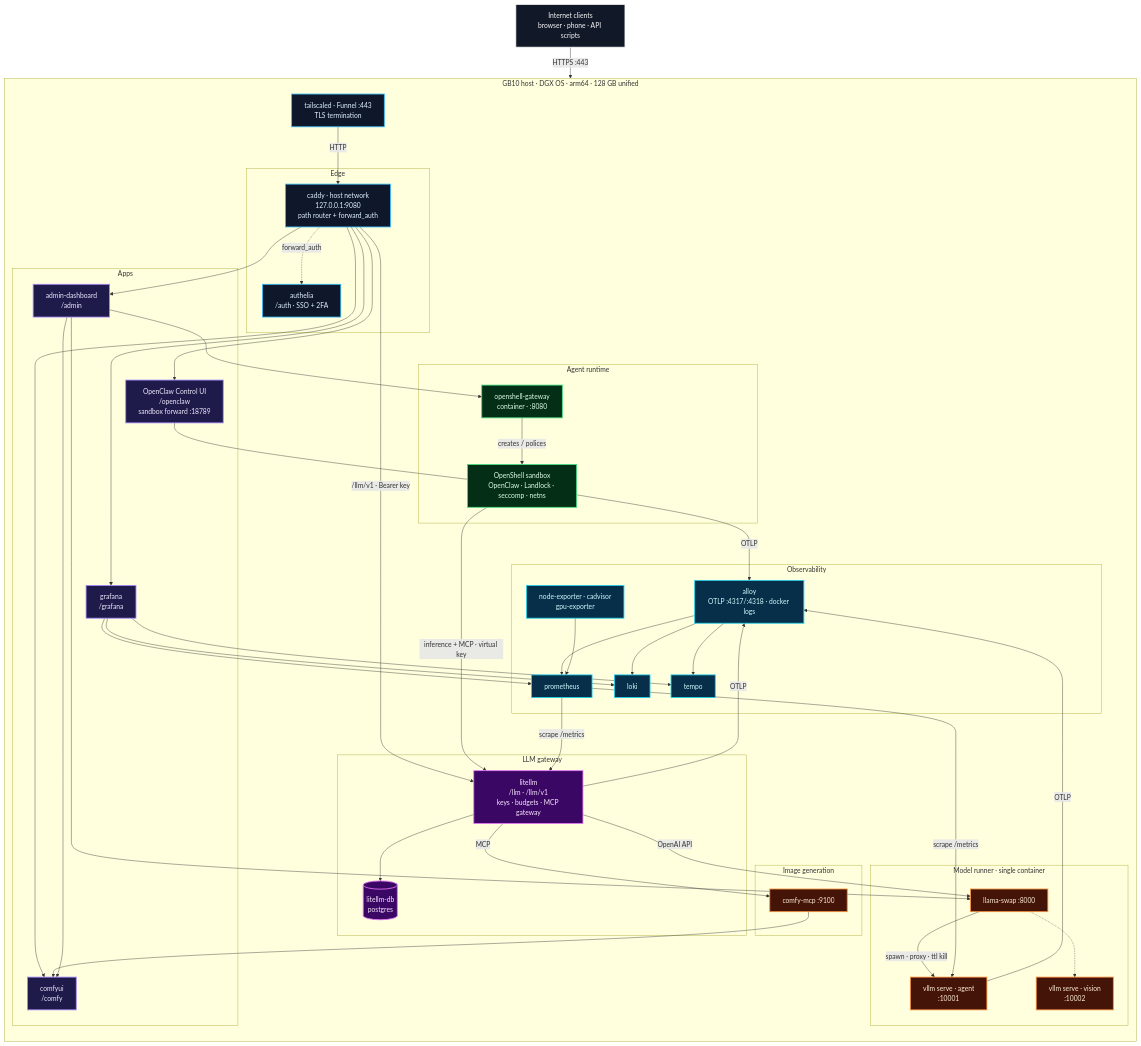
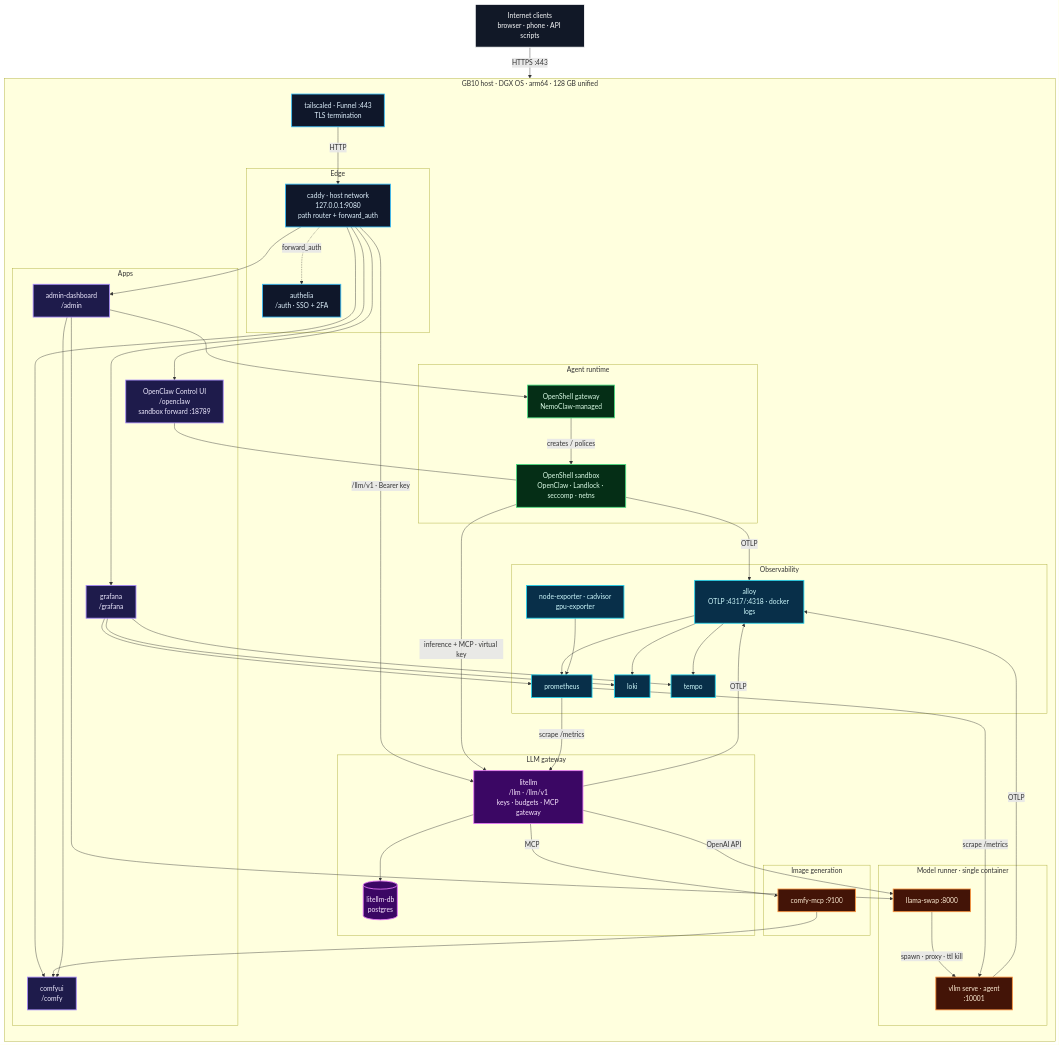
Before and after one commit to ravikiranvs/gb10-ai-stack: the first of 15 diagrams in gb10-agent-stack.md, drawn with Mermaid. The commit also changed other lines of this file and 21 other files, not shown here.

````diff
--- a/gb10-agent-stack.md
+++ b/gb10-agent-stack.md
@@ -94,7 +94,6 @@
         subgraph MODELS["Model runner · single container"]
             LS["llama-swap :8000"]
             VA["vllm serve · agent<br/>:10001"]
-            VV["vllm serve · vision<br/>:10002"]
         end
 
         subgraph IMG["Image generation"]
@@ -102,7 +101,7 @@
         end
 
         subgraph AGENT["Agent runtime"]
-            OSG["openshell-gateway<br/>container · :8080"]
+            OSG["OpenShell gateway<br/>NemoClaw-managed"]
             SBX["OpenShell sandbox<br/>OpenClaw · Landlock · seccomp · netns"]
         end
 
@@ -131,7 +130,6 @@
     LITE -- "OpenAI API" --> LS
     LITE -- "MCP" --> CMCP
     LS -- "spawn · proxy · ttl kill" --> VA
-    LS -.-> VV
     CMCP --> COMFY
 
     DASH --> LS
@@ -163,7 +161,7 @@
     class TSD,CADDY,AUTH edge
     class DASH,GRAF,COMFY,OC app
     class LITE,PG gw
-    class LS,VA,VV,CMCP model
+    class LS,VA,CMCP model
     class OSG,SBX agent
     class ALLOY,PROM,LOKI,TEMPO,EXP obs
 ```
````
